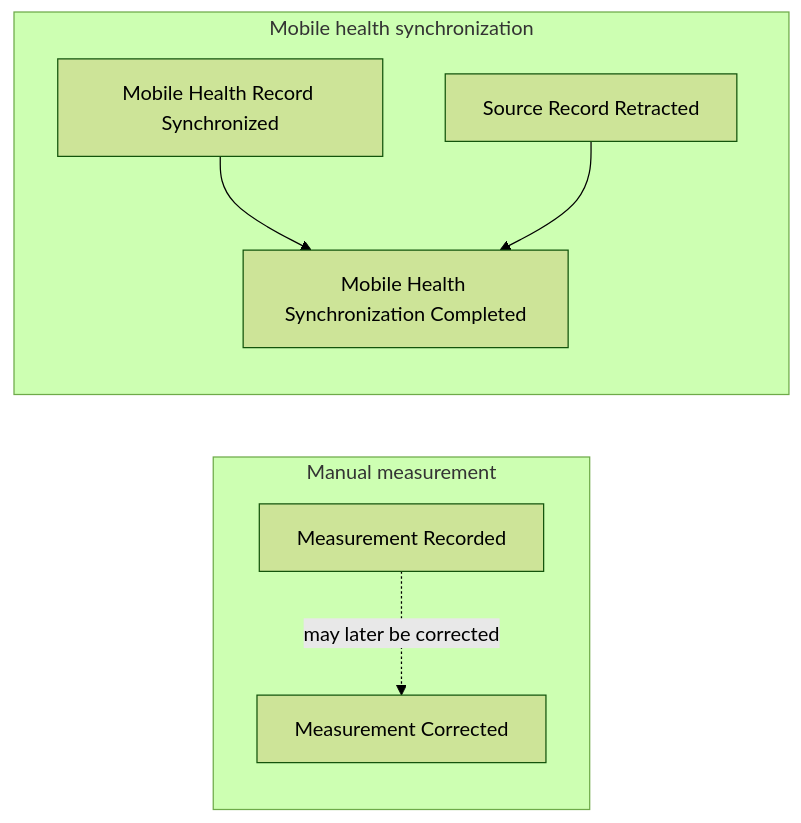
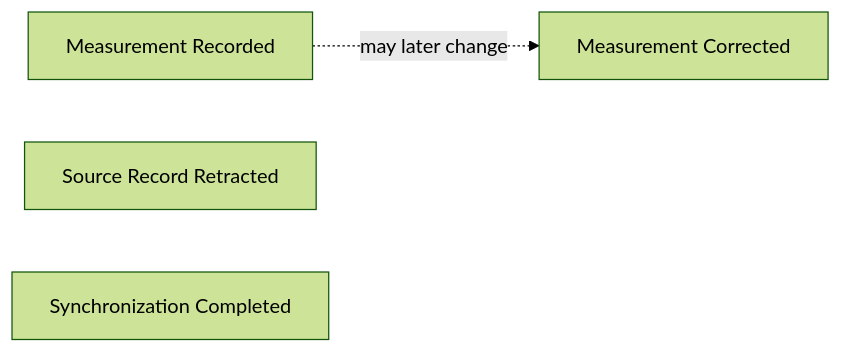
One commit to ragavsathish/medplum changed the first of 5 diagrams in examples/medplum-health-tracking/src/contexts/health-tracking/EVENT_STORMING.md. Above: the diagram before and after it, drawn with Mermaid (forest theme). The commit also changed other lines of this file and 3 other files, not shown here.

````diff
--- a/examples/medplum-health-tracking/src/contexts/health-tracking/EVENT_STORMING.md
+++ b/examples/medplum-health-tracking/src/contexts/health-tracking/EVENT_STORMING.md
@@ -22,18 +28,6 @@
 ```mermaid
 flowchart LR
-    subgraph Manual["Manual measurement"]
-        Recorded["Measurement Recorded"]
-        Corrected["Measurement Corrected"]
-
-        Recorded -. "may later be corrected" .-> Corrected
-    end
-
-    subgraph Mobile["Mobile health synchronization"]
-        Synchronized["Mobile Health Record Synchronized"]
-        Retracted["Source Record Retracted"]
-        Completed["Mobile Health Synchronization Completed"]
-
-        Synchronized --> Completed
-        Retracted --> Completed
-    end
+    Recorded["Measurement Recorded"] -. "may later change" .-> Corrected["Measurement Corrected"]
+    Retracted["Source Record Retracted"]
+    Completed["Synchronization Completed"]
 ```
````
